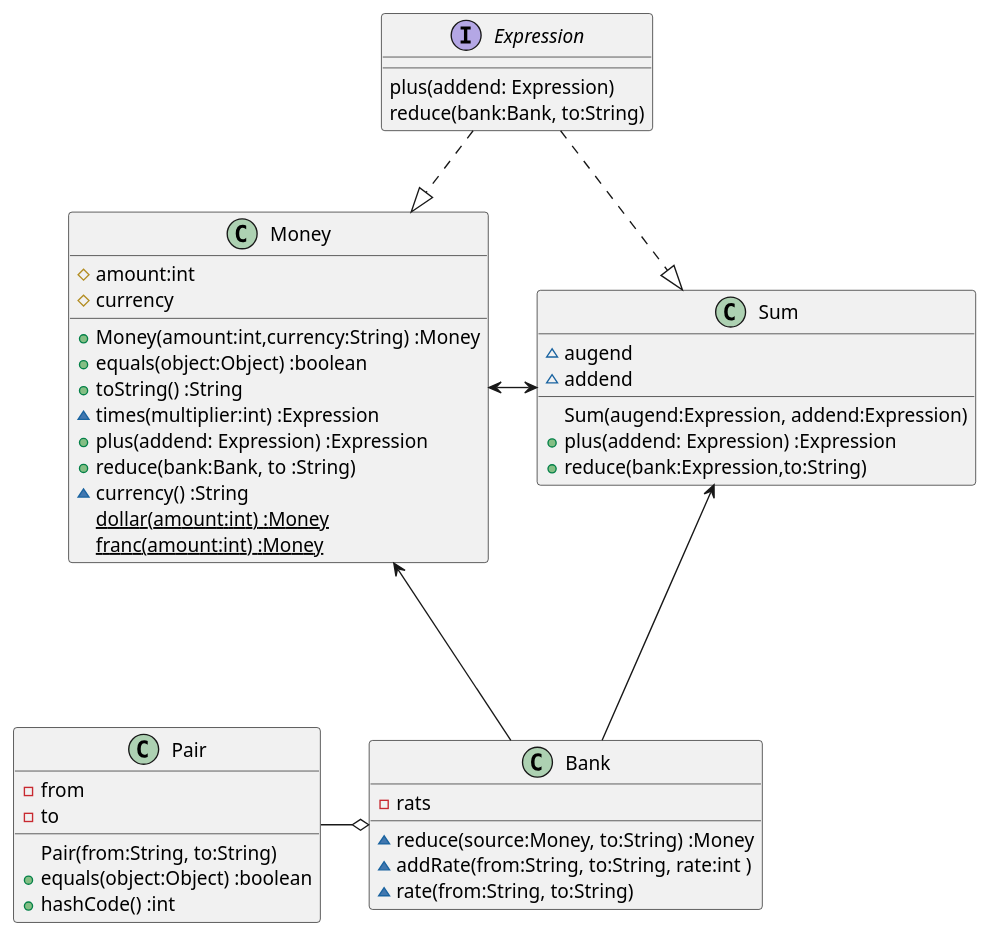
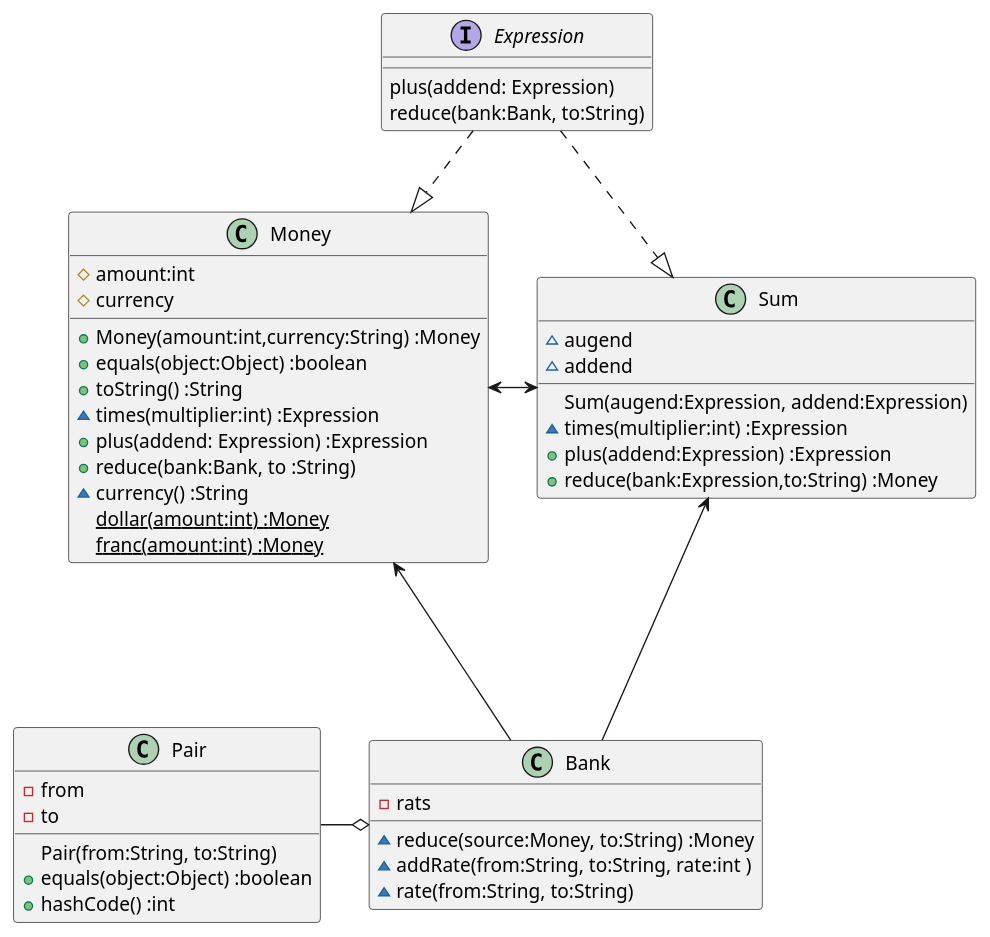
Before and after one commit to k2works/etude_for_java: the first of 2 diagrams in docs/src/TDD.md, drawn with PlantUML. The commit also changed 4 other files, not shown here.

````diff
--- a/docs/src/TDD.md
+++ b/docs/src/TDD.md
@@ -53,45 +53,46 @@
 ```puml
 interface Expression {
   plus(addend: Expression)
   reduce(bank:Bank, to:String)
 }
 class Money {
   #amount:int
   #currency  
   +Money(amount:int,currency:String) :Money
   +equals(object:Object) :boolean  
   +toString() :String
   ~times(multiplier:int) :Expression
   +plus(addend: Expression) :Expression
   +reduce(bank:Bank, to :String)      
   ~currency() :String
   {static} dollar(amount:int) :Money
   {static} franc(amount:int) :Money  
 }
 class Bank {
   -rats
   ~reduce(source:Money, to:String) :Money
   ~addRate(from:String, to:String, rate:int )
   ~rate(from:String, to:String)
 }
 class Sum {
   ~augend
   ~addend
   Sum(augend:Expression, addend:Expression)
-  +plus(addend: Expression) :Expression  
-  +reduce(bank:Expression,to:String)
+  ~times(multiplier:int) :Expression
+  +plus(addend:Expression) :Expression  
+  +reduce(bank:Expression,to:String) :Money
 }
 class Pair {
   -from
   -to
   Pair(from:String, to:String)
   +equals(object:Object) :boolean
   +hashCode() :int
 }
 Expression ..|> Money
 Expression ..|> Sum
 Money <-> Sum
 Sum <--- Bank
 Money <--- Bank
 Bank o-l Pair
 ```
````
